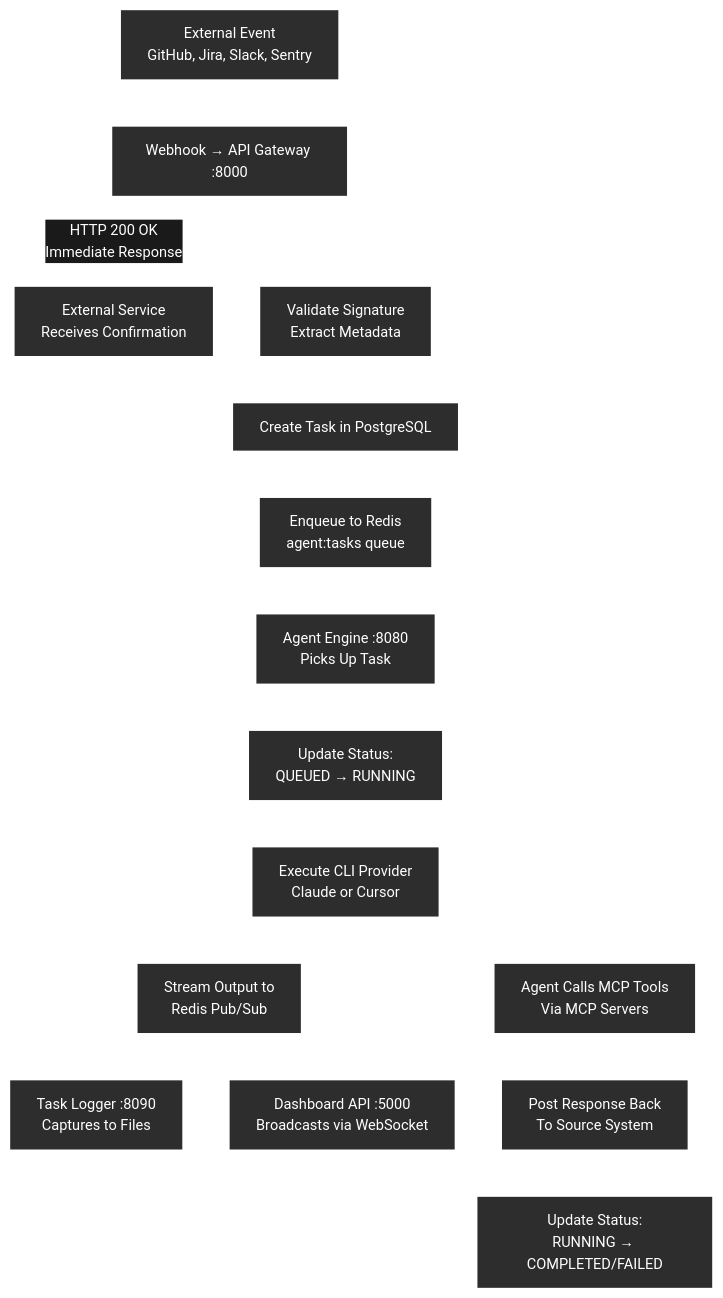
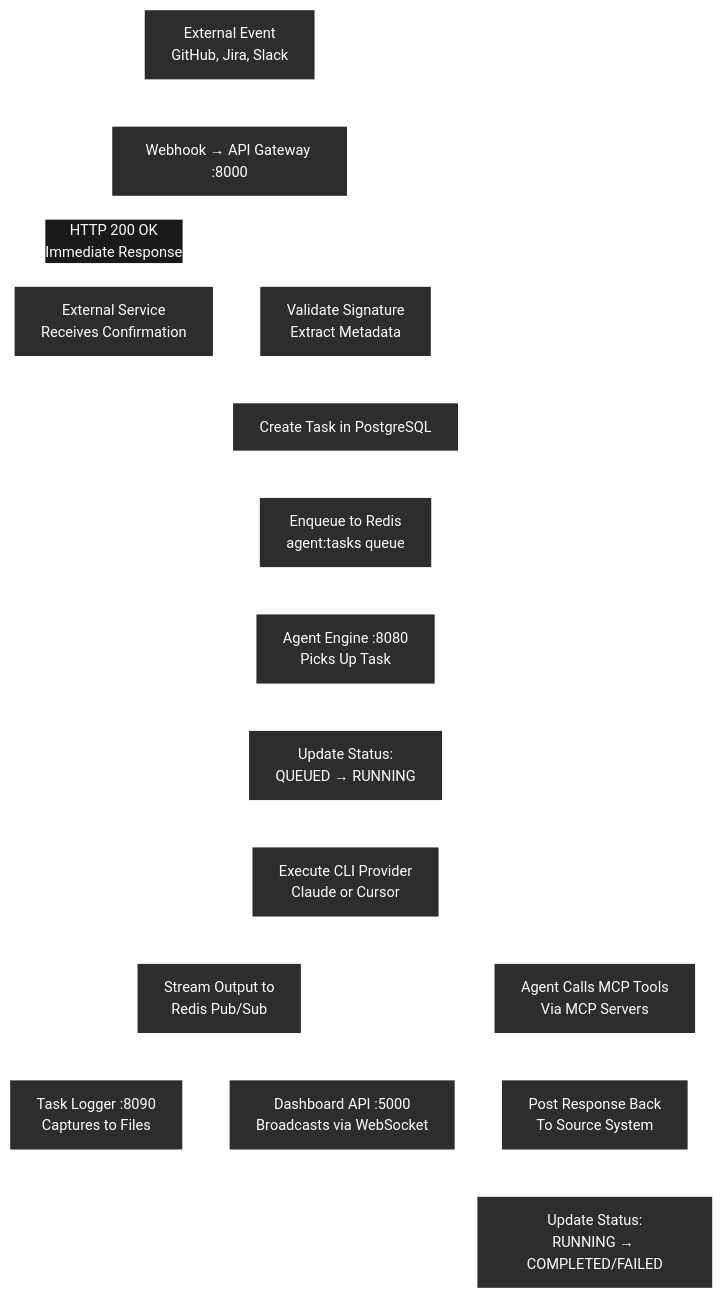
One commit to rom-orlovich/groote-ai changed the second of 3 diagrams in README.md. Above: the diagram before and after it, drawn with Mermaid. The commit also changed other lines of this file and 52 other files, not shown here.

````diff
--- a/README.md
+++ b/README.md
@@ -103,34 +98,34 @@
 ```mermaid
 %%{init: {'theme':'base', 'themeVariables': {'fontSize':'16px', 'primaryColor':'#2d2d2d', 'primaryTextColor':'#ffffff', 'primaryBorderColor':'#ffffff', 'lineColor':'#ffffff', 'secondaryColor':'#1a1a1a', 'tertiaryColor':'#2d2d2d'}}}%%
 flowchart TD
-    A[External Event<br/>GitHub, Jira, Slack, Sentry] --> B[Webhook → API Gateway :8000]
+    A[External Event<br/>GitHub, Jira, Slack] --> B[Webhook → API Gateway :8000]
     B -->|HTTP 200 OK<br/>Immediate Response| A2[External Service<br/>Receives Confirmation]
     B --> C[Validate Signature<br/>Extract Metadata]
     C --> D[Create Task in PostgreSQL]
     D --> E[Enqueue to Redis<br/>agent:tasks queue]
     E --> F[Agent Engine :8080<br/>Picks Up Task]
     F --> G[Update Status:<br/>QUEUED → RUNNING]
     G --> H[Execute CLI Provider<br/>Claude or Cursor]
     H --> I[Stream Output to<br/>Redis Pub/Sub]
     I --> J[Task Logger :8090<br/>Captures to Files]
     I --> K[Dashboard API :5000<br/>Broadcasts via WebSocket]
     H --> L[Agent Calls MCP Tools<br/>Via MCP Servers]
     L --> M[Post Response Back<br/>To Source System]
     M --> N[Update Status:<br/>RUNNING → COMPLETED/FAILED]
 
     style A fill:#2d2d2d,color:#ffffff,stroke-width:2px
     style A2 fill:#2d2d2d,color:#ffffff,stroke-width:2px
     style B fill:#2d2d2d,color:#ffffff,stroke-width:2px
     style C fill:#2d2d2d,color:#ffffff,stroke-width:2px
     style D fill:#2d2d2d,color:#ffffff,stroke-width:2px
     style E fill:#2d2d2d,color:#ffffff,stroke-width:2px
     style F fill:#2d2d2d,color:#ffffff,stroke-width:2px
     style G fill:#2d2d2d,color:#ffffff,stroke-width:2px
     style H fill:#2d2d2d,color:#ffffff,stroke-width:2px
     style I fill:#2d2d2d,color:#ffffff,stroke-width:2px
     style J fill:#2d2d2d,color:#ffffff,stroke-width:2px
     style K fill:#2d2d2d,color:#ffffff,stroke-width:2px
     style L fill:#2d2d2d,color:#ffffff,stroke-width:2px
     style M fill:#2d2d2d,color:#ffffff,stroke-width:2px
     style N fill:#2d2d2d,color:#ffffff,stroke-width:2px
 ```
````
